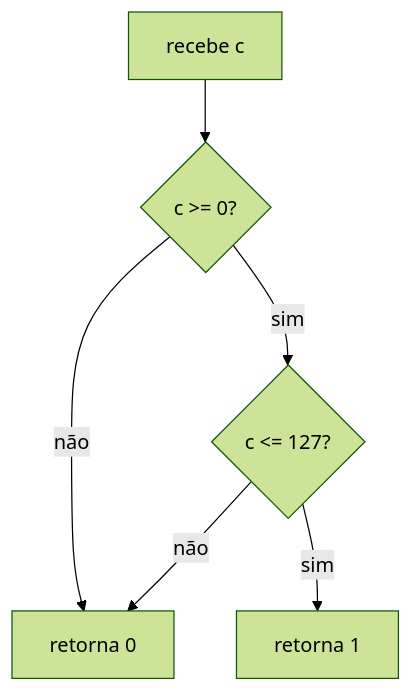
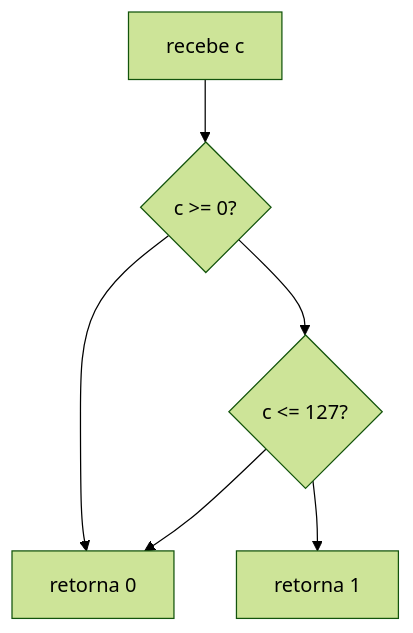
Before and after one commit to ahy-git/docs: the fifth of 43 diagrams in 1-libft/Readme.md, drawn with Mermaid (forest theme). The commit also changed other lines of this file, not shown here.

````diff
--- a/1-libft/Readme.md
+++ b/1-libft/Readme.md
@@ -544,8 +544,8 @@
 ```mermaid
 flowchart TD
 	A["recebe c"] --> B{"c >= 0?"}
-	B -- não --> C["retorna 0"]
-	B -- sim --> D{"c <= 127?"}
-	D -- sim --> E["retorna 1"]
-	D -- não --> C
+	B --> C["retorna 0"]
+	B --> D{"c <= 127?"}
+	D --> E["retorna 1"]
+	D --> C
 ```
````
